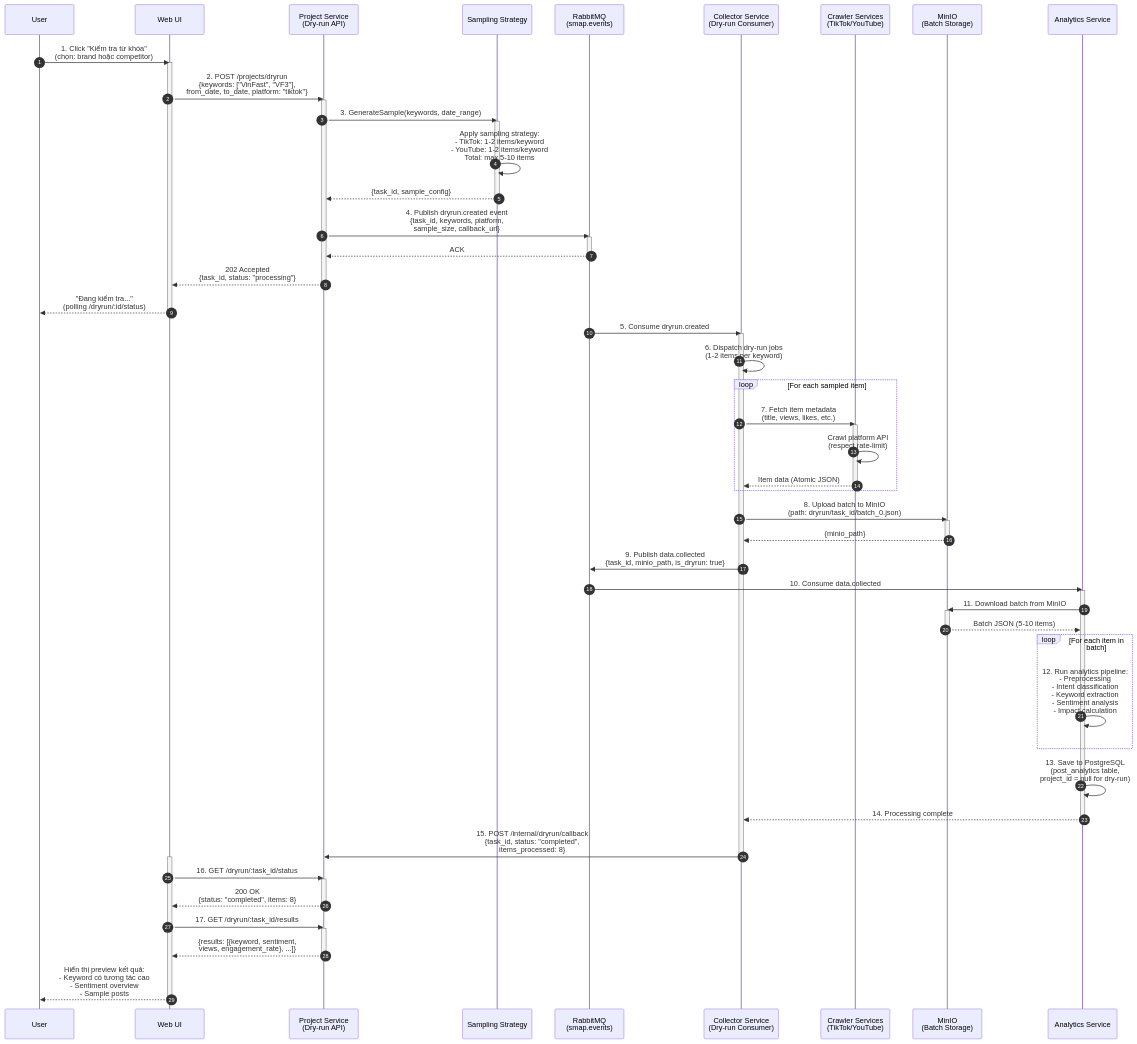
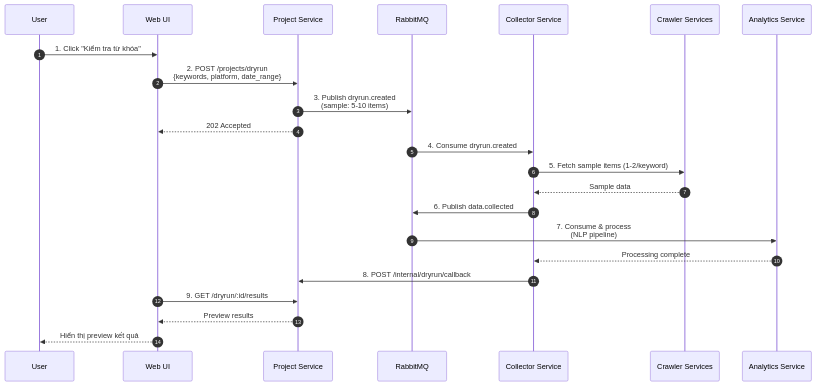
The second of 8 diagrams in documents/SEQUENCE_DIAGRAMS.md (smap-hcmut/report), drawn with Mermaid before and after one commit. The commit also changed other lines of this file and 5 other files, not shown here.

Commit message:
Update SEQUENCE_DIAGRAMS.md to reflect changes in project flow and source references. Simplified sequence diagrams for project creation, dry-run, execution, and dashboard viewing. Removed unnecessary participants and clarified key points for better understanding.

````diff
--- a/documents/SEQUENCE_DIAGRAMS.md
+++ b/documents/SEQUENCE_DIAGRAMS.md
@@ -97,92 +61,28 @@
     autonumber
     participant User
     participant WebUI as Web UI
-    participant ProjectAPI as Project Service<br/>(Dry-run API)
-    participant SamplingUC as Sampling Strategy
-    participant RabbitMQ as RabbitMQ<br/>(smap.events)
-    participant Collector as Collector Service<br/>(Dry-run Consumer)
-    participant Crawler as Crawler Services<br/>(TikTok/YouTube)
-    participant MinIO as MinIO<br/>(Batch Storage)
+    participant ProjectAPI as Project Service
+    participant RabbitMQ as RabbitMQ
+    participant Collector as Collector Service
+    participant Crawler as Crawler Services
     participant Analytics as Analytics Service
 
-    User->>WebUI: 1. Click "Kiểm tra từ khóa"<br/>(chọn: brand hoặc competitor)
-    activate WebUI
+    User->>WebUI: 1. Click "Kiểm tra từ khóa"
+    WebUI->>ProjectAPI: 2. POST /projects/dryrun<br/>{keywords, platform, date_range}
 
-    WebUI->>ProjectAPI: 2. POST /projects/dryrun<br/>{keywords: ["VinFast", "VF3"],<br/>from_date, to_date, platform: "tiktok"}
-    activate ProjectAPI
+    ProjectAPI->>RabbitMQ: 3. Publish dryrun.created<br/>(sample: 5-10 items)
+    ProjectAPI-->>WebUI: 202 Accepted
 
-    %% ===== SAMPLING =====
-    ProjectAPI->>SamplingUC: 3. GenerateSample(keywords, date_range)
-    activate SamplingUC
-    SamplingUC->>SamplingUC: Apply sampling strategy:<br/>- TikTok: 1-2 items/keyword<br/>- YouTube: 1-2 items/keyword<br/>Total: max 5-10 items
-    SamplingUC-->>ProjectAPI: {task_id, sample_config}
-    deactivate SamplingUC
+    RabbitMQ->>Collector: 4. Consume dryrun.created
+    Collector->>Crawler: 5. Fetch sample items (1-2/keyword)
+    Crawler-->>Collector: Sample data
 
-    %% ===== PUBLISH DRY-RUN EVENT =====
-    ProjectAPI->>RabbitMQ: 4. Publish dryrun.created event<br/>{task_id, keywords, platform,<br/>sample_size, callback_url}
-    activate RabbitMQ
-    RabbitMQ-->>ProjectAPI: ACK
-    deactivate RabbitMQ
+    Collector->>RabbitMQ: 6. Publish data.collected
+    RabbitMQ->>Analytics: 7. Consume & process<br/>(NLP pipeline)
+    Analytics-->>Collector: Processing complete
 
-    ProjectAPI-->>WebUI: 202 Accepted<br/>{task_id, status: "processing"}
-    deactivate ProjectAPI
-
-    WebUI-->>User: "Đang kiểm tra..."<br/>(polling /dryrun/:id/status)
-    deactivate WebUI
-
-    %% ===== COLLECTOR PROCESSES DRY-RUN =====
-    RabbitMQ->>Collector: 5. Consume dryrun.created
-    activate Collector
-
-    Collector->>Collector: 6. Dispatch dry-run jobs<br/>(1-2 items per keyword)
-
-    loop For each sampled item
-        Collector->>Crawler: 7. Fetch item metadata<br/>(title, views, likes, etc.)
-        activate Crawler
-        Crawler->>Crawler: Crawl platform API<br/>(respect rate-limit)
-        Crawler-->>Collector: Item data (Atomic JSON)
-        deactivate Crawler
-    end
-
-    Collector->>MinIO: 8. Upload batch to MinIO<br/>(path: dryrun/task_id/batch_0.json)
-    activate MinIO
-    MinIO-->>Collector: {minio_path}
-    deactivate MinIO
-
-    Collector->>RabbitMQ: 9. Publish data.collected<br/>{task_id, minio_path, is_dryrun: true}
-    RabbitMQ->>Analytics: 10. Consume data.collected
-    activate Analytics
-
-    %% ===== ANALYTICS PROCESSES SAMPLE =====
-    Analytics->>MinIO: 11. Download batch from MinIO
-    activate MinIO
-    MinIO-->>Analytics: Batch JSON (5-10 items)
-    deactivate MinIO
-
-    loop For each item in batch
-        Analytics->>Analytics: 12. Run analytics pipeline:<br/>- Preprocessing<br/>- Intent classification<br/>- Keyword extraction<br/>- Sentiment analysis<br/>- Impact calculation
-    end
-
-    Analytics->>Analytics: 13. Save to PostgreSQL<br/>(post_analytics table,<br/>project_id = null for dry-run)
-
-    Analytics-->>Collector: 14. Processing complete
-    deactivate Analytics
-
-    Collector->>ProjectAPI: 15. POST /internal/dryrun/callback<br/>{task_id, status: "completed",<br/>items_processed: 8}
-    deactivate Collector
-
-    %% ===== USER POLLS RESULT =====
-    activate WebUI
-    WebUI->>ProjectAPI: 16. GET /dryrun/:task_id/status
-    activate ProjectAPI
-    ProjectAPI-->>WebUI: 200 OK<br/>{status: "completed", items: 8}
-    deactivate ProjectAPI
-
-    WebUI->>ProjectAPI: 17. GET /dryrun/:task_id/results
-    activate ProjectAPI
-    ProjectAPI-->>WebUI: {results: [{keyword, sentiment,<br/>views, engagement_rate}, ...]}
-    deactivate ProjectAPI
-
-    WebUI-->>User: Hiển thị preview kết quả:<br/>- Keyword có tương tác cao<br/>- Sentiment overview<br/>- Sample posts
-    deactivate WebUI
+    Collector->>ProjectAPI: 8. POST /internal/dryrun/callback
+    WebUI->>ProjectAPI: 9. GET /dryrun/:id/results
+    ProjectAPI-->>WebUI: Preview results
+    WebUI-->>User: Hiển thị preview kết quả
 ```
````
